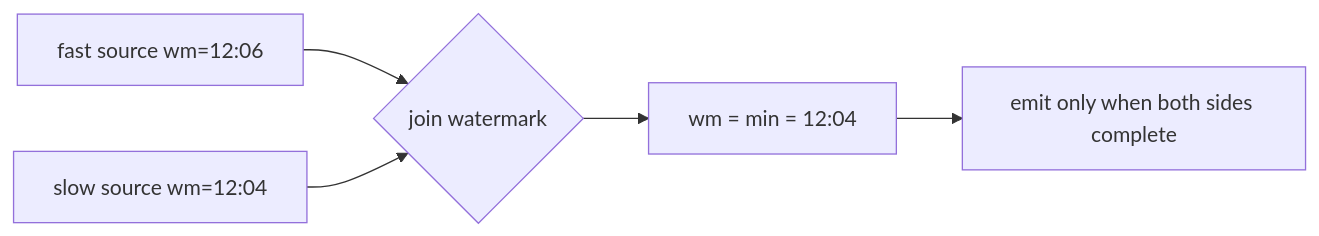
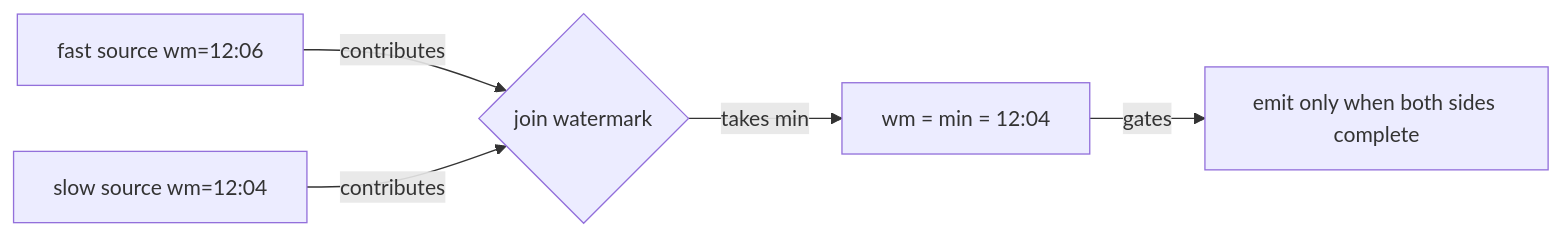
One commit to vinayakuber/streaming-systems-study-guide changed the tenth of 19 diagrams in docs/ch03-watermarks.md. Above: the diagram before and after it, drawn with Mermaid. The commit also changed other lines of this file and 22 other files, not shown here.

First line of the commit message:
R18: label every diagram arrow with its meaning

````diff
--- a/docs/ch03-watermarks.md
+++ b/docs/ch03-watermarks.md
@@ -271,7 +271,7 @@
 ```mermaid
 flowchart LR
-  A["fast source wm=12:06"] --> J{join watermark}
-  B["slow source wm=12:04"] --> J
-  J --> W["wm = min = 12:04"]
-  W --> R["emit only when both sides complete"]
+  A["fast source wm=12:06"] -->|"contributes"| J{join watermark}
+  B["slow source wm=12:04"] -->|"contributes"| J
+  J -->|"takes min"| W["wm = min = 12:04"]
+  W -->|"gates"| R["emit only when both sides complete"]
 ```
````
